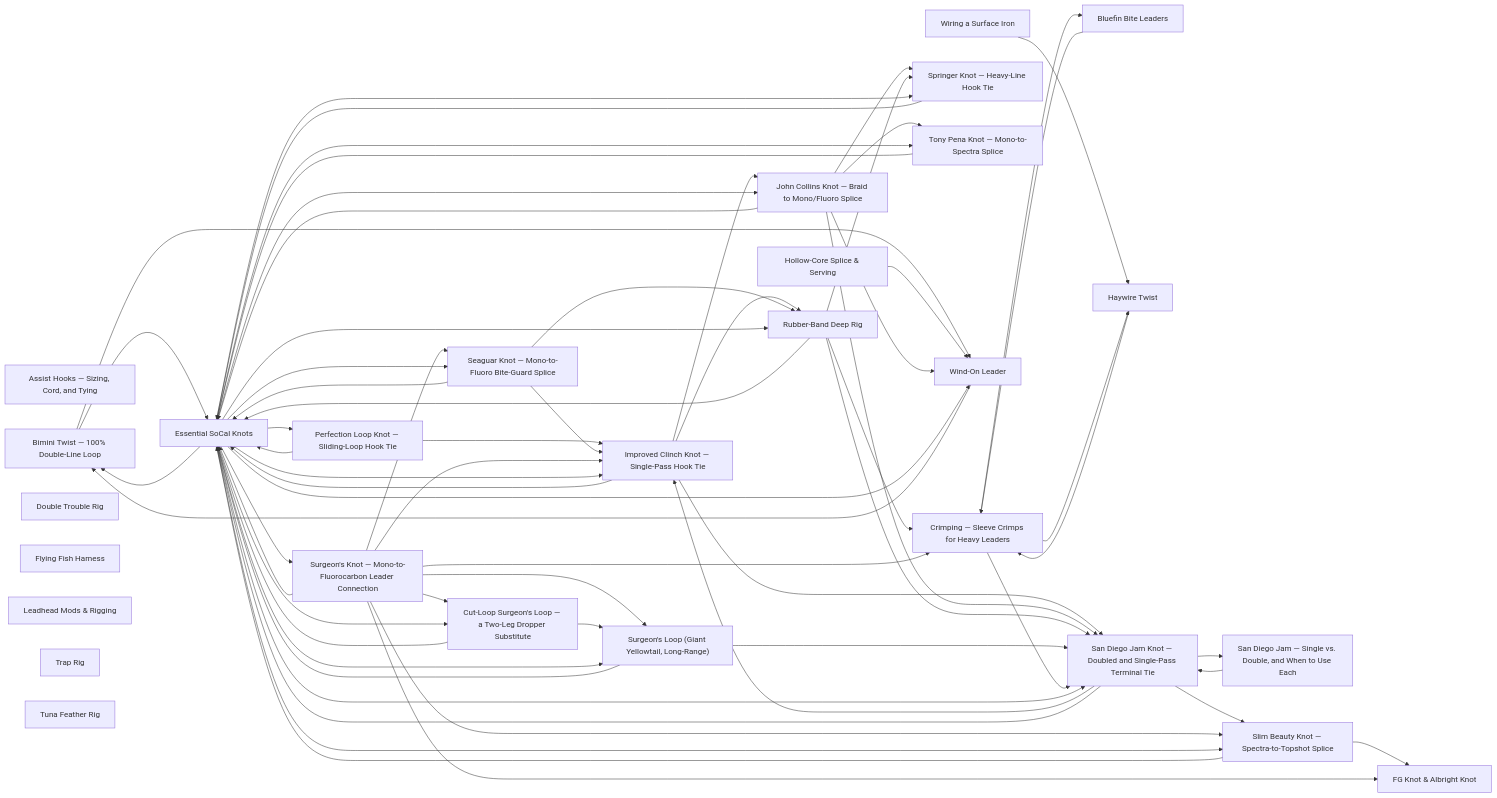
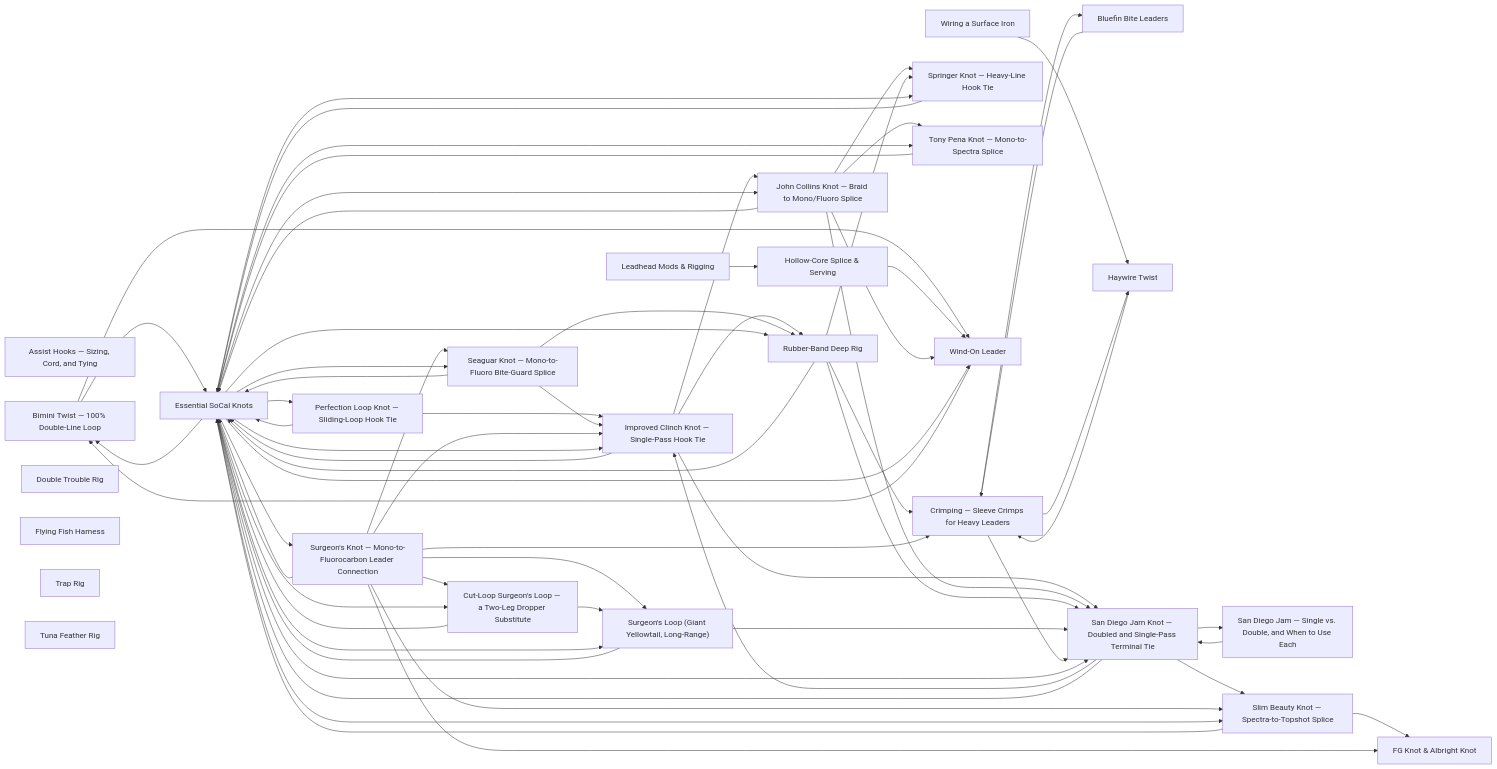
One commit to camchuckpete-max/Socal-Fishing-Knowledge changed the diagram in rigging/README.md. Above: the diagram before and after it, drawn with Mermaid. The commit also changed 4 other files, not shown here.

```diff
--- a/rigging/README.md
+++ b/rigging/README.md
@@ -80,6 +80,7 @@
   n12 --> n23
   n12 --> n26
   n12 --> n6
+  n13 --> n10
   n14 --> n11
   n14 --> n6
   n15 --> n16
```
